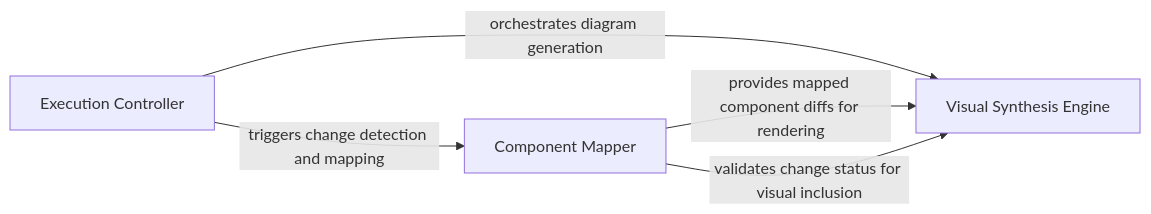
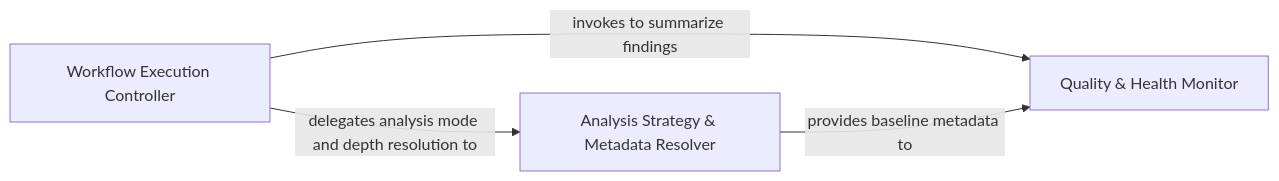
One commit to CodeBoarding/CodeBoarding-action changed the diagram in .codeboarding/Analysis_Orchestrator.md. Above: the diagram before and after it, drawn with Mermaid. The commit also changed other lines of this file and 12 other files, not shown here.

Commit message:
chore(codeboarding): sync architecture baseline

````diff
--- a/.codeboarding/Analysis_Orchestrator.md
+++ b/.codeboarding/Analysis_Orchestrator.md
@@ -1,10 +1,9 @@
 ```mermaid
 graph LR
-    Execution_Controller["Execution Controller"]
-    Component_Mapper["Component Mapper"]
-    Visual_Synthesis_Engine["Visual Synthesis Engine"]
-    Execution_Controller -- "triggers change detection and mapping" --> Component_Mapper
-    Execution_Controller -- "orchestrates diagram generation" --> Visual_Synthesis_Engine
-    Component_Mapper -- "provides mapped component diffs for rendering" --> Visual_Synthesis_Engine
-    Component_Mapper -- "validates change status for visual inclusion" --> Visual_Synthesis_Engine
+    Workflow_Execution_Controller["Workflow Execution Controller"]
+    Analysis_Strategy_Metadata_Resolver["Analysis Strategy & Metadata Resolver"]
+    Quality_Health_Monitor["Quality & Health Monitor"]
+    Workflow_Execution_Controller -- "delegates analysis mode and depth resolution to" --> Analysis_Strategy_Metadata_Resolver
+    Workflow_Execution_Controller -- "invokes to summarize findings" --> Quality_Health_Monitor
+    Analysis_Strategy_Metadata_Resolver -- "provides baseline metadata to" --> Quality_Health_Monitor
 ```
````
